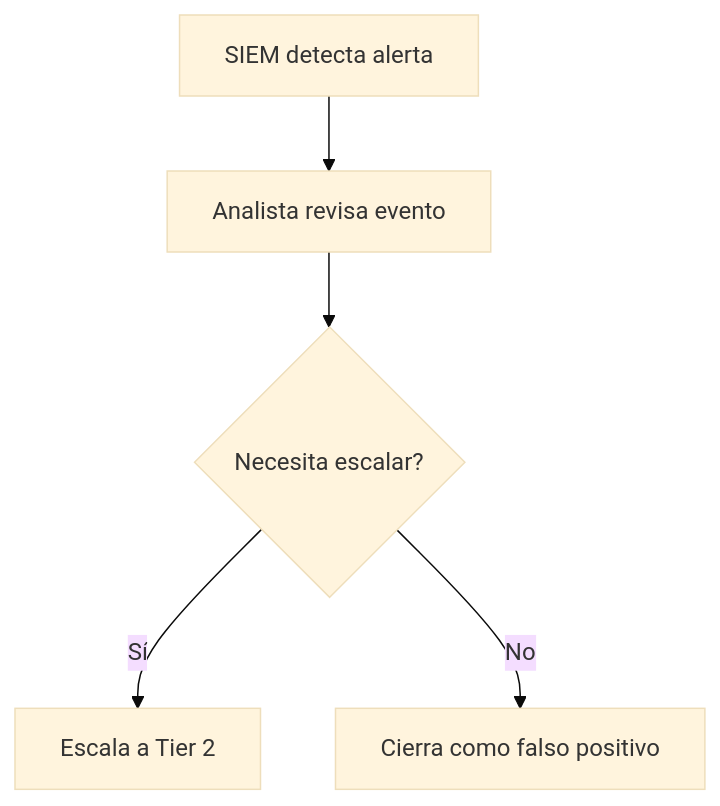
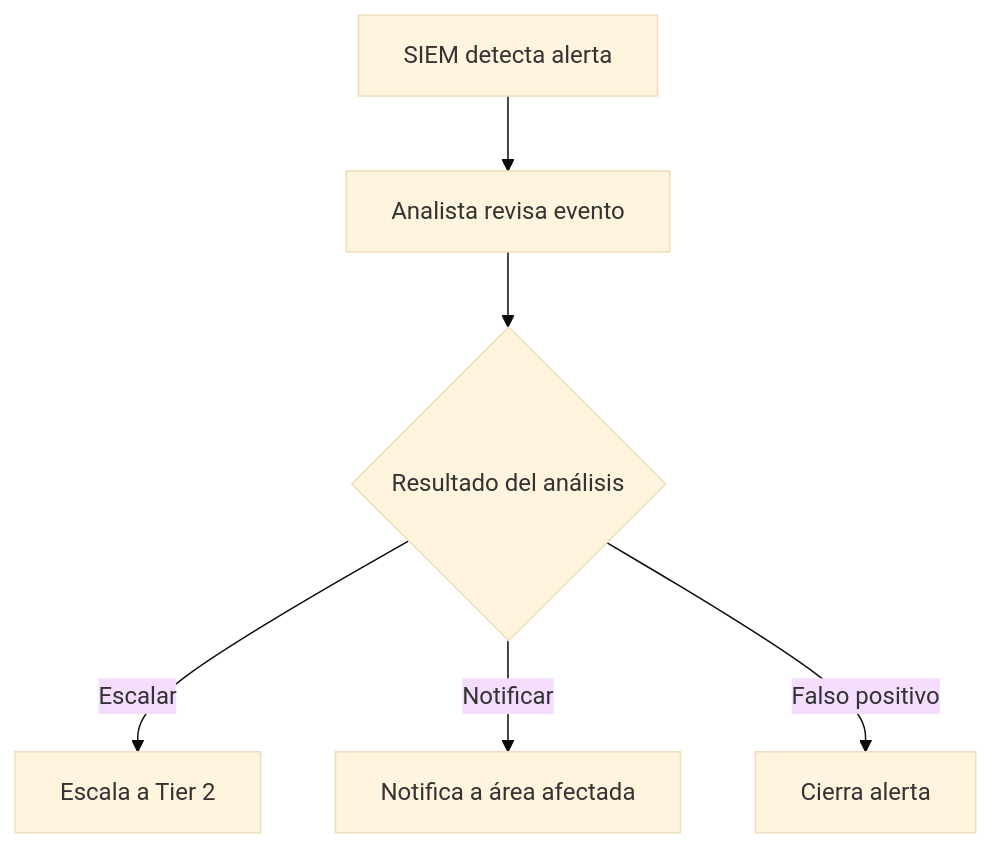
Before and after one commit to hisnana/cibersecurity-basics: the first of 2 diagrams in 04-procedimientos-tier1/flujo-soc.md, drawn with Mermaid (base theme).

````diff
--- a/04-procedimientos-tier1/flujo-soc.md
+++ b/04-procedimientos-tier1/flujo-soc.md
@@ -5,7 +5,8 @@
 ```mermaid
 flowchart TD
     A[SIEM detecta alerta] --> B[Analista revisa evento]
-    B --> C{Necesita escalar?}
-    C -->|Sí| D[Escala a Tier 2]
-    C -->|No| E[Cierra como falso positivo]
+    B --> C{Resultado del análisis}
+    C -->|Escalar| D[Escala a Tier 2]
+    C -->|Notificar| E[Notifica a área afectada]
+    C -->|Falso positivo| F[Cierra alerta]
 ```
````
